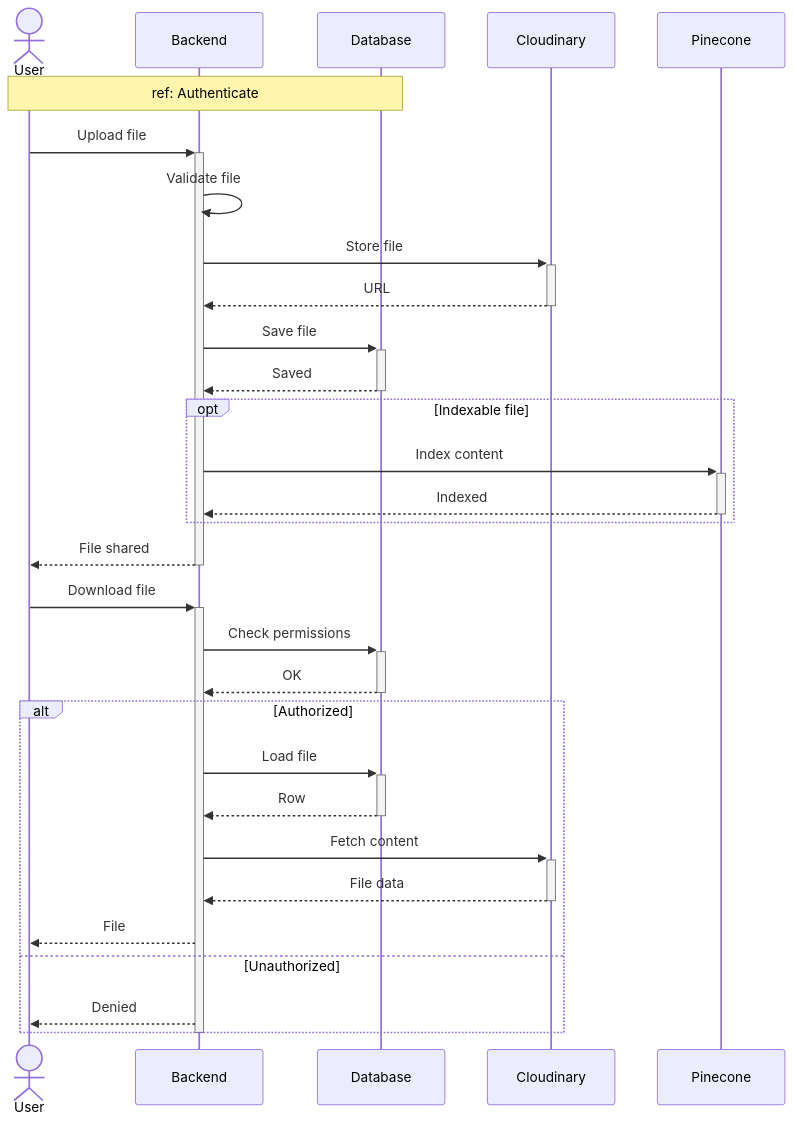
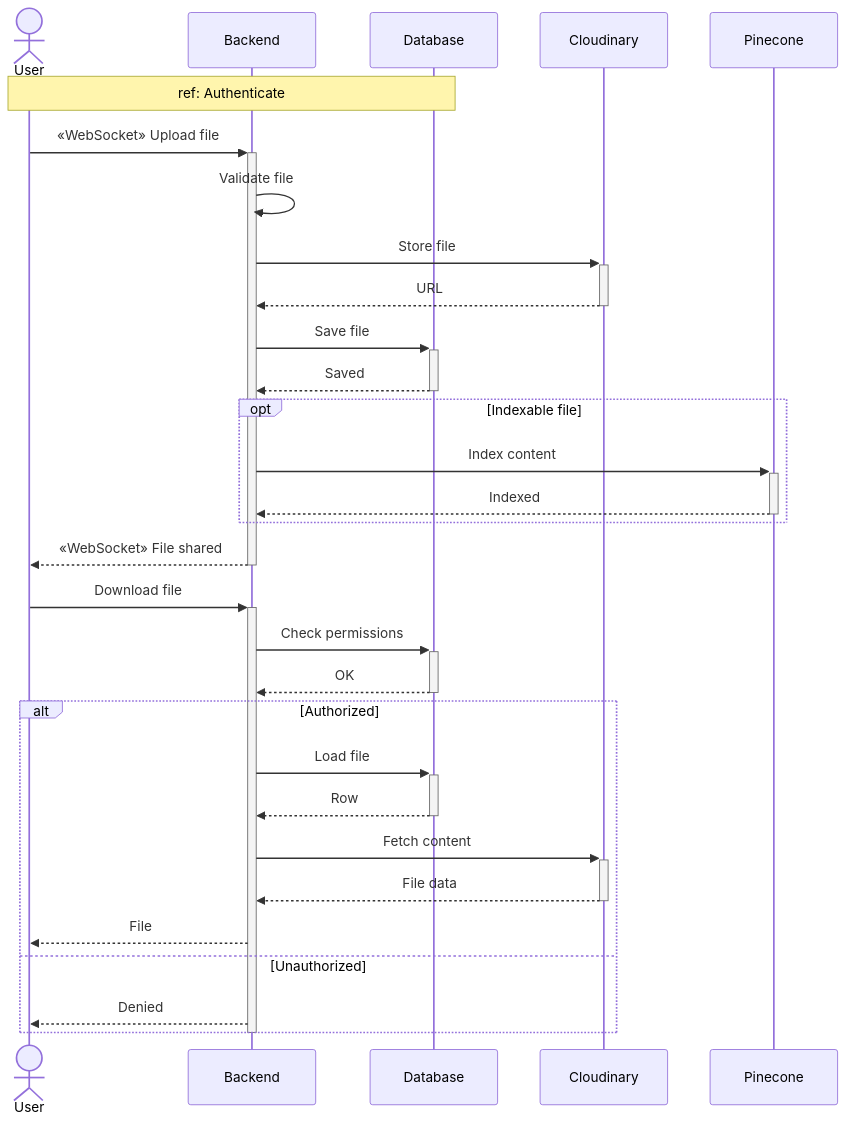
One commit to MohamedChebbi123/teamnest changed the tenth of 16 diagrams in docs/SEQUENCE_DIAGRAMS.md. Above: the diagram before and after it, drawn with Mermaid. The commit also changed other lines of this file, not shown here.

````diff
--- a/docs/SEQUENCE_DIAGRAMS.md
+++ b/docs/SEQUENCE_DIAGRAMS.md
@@ -351,36 +351,36 @@
 ```mermaid
 sequenceDiagram
     actor User
     participant API as Backend
     participant DB as Database
     participant Cloud as Cloudinary
     participant Vec as Pinecone
 
     Note over User,DB: ref: Authenticate
 
-    User->>+API: Upload file
+    User->>+API: «WebSocket» Upload file
     API->>API: Validate file
     API->>+Cloud: Store file
     Cloud-->>-API: URL
     API->>+DB: Save file
     DB-->>-API: Saved
     opt Indexable file
         API->>+Vec: Index content
         Vec-->>-API: Indexed
     end
-    API-->>-User: File shared
+    API-->>-User: «WebSocket» File shared
 
     User->>+API: Download file
     API->>+DB: Check permissions
     DB-->>-API: OK
     alt Authorized
         API->>+DB: Load file
         DB-->>-API: Row
         API->>+Cloud: Fetch content
         Cloud-->>-API: File data
         API-->>User: File
     else Unauthorized
         API-->>User: Denied
     end
     deactivate API
 ```
````
